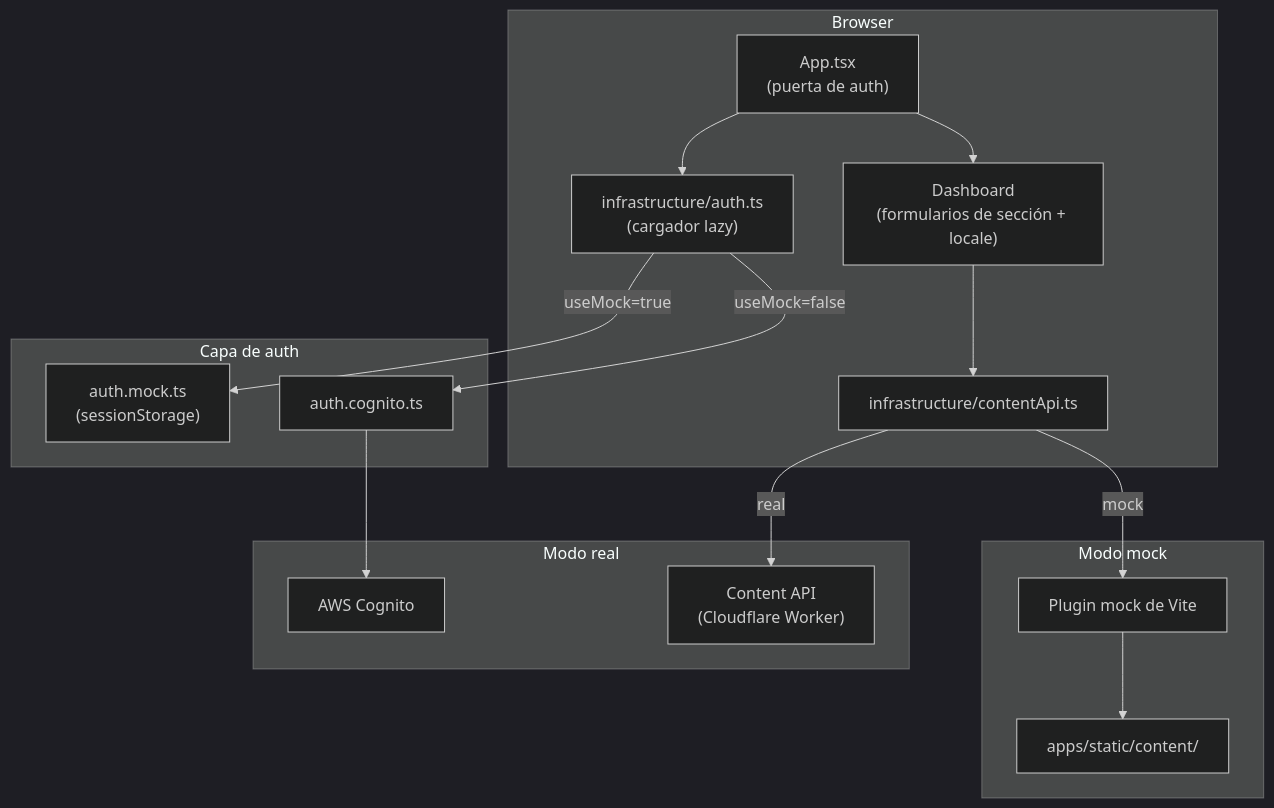
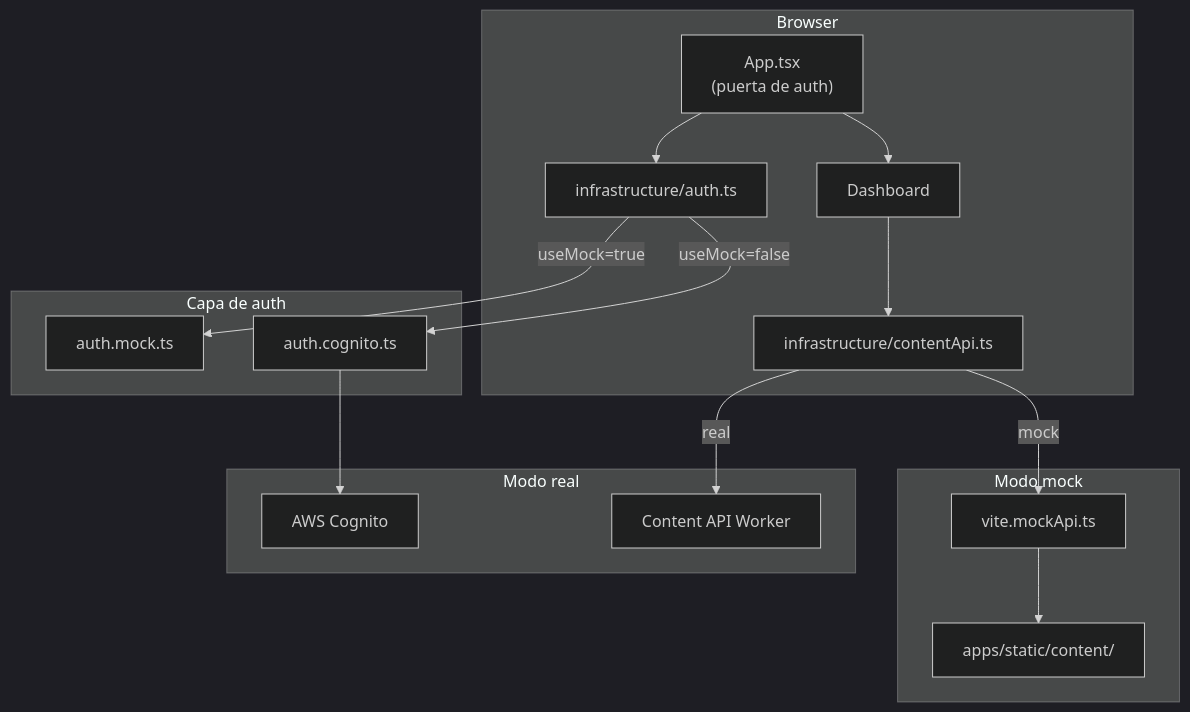
Before and after one commit to Bonae-Tech/bonae-tech: the second of 2 diagrams in apps/admin/README.md, drawn with Mermaid (dark theme). The commit also changed other lines of this file and 47 other files, not shown here.

````diff
--- a/apps/admin/README.md
+++ b/apps/admin/README.md
@@ -58,34 +97,34 @@
 ```mermaid
 graph TD
     subgraph Browser
         App["App.tsx\n(puerta de auth)"]
-        Dashboard["Dashboard\n(formularios de sección + locale)"]
-        Auth["infrastructure/auth.ts\n(cargador lazy)"]
+        Dashboard["Dashboard"]
+        Auth["infrastructure/auth.ts"]
         API["infrastructure/contentApi.ts"]
     end
 
     subgraph "Capa de auth"
-        MockAuth["auth.mock.ts\n(sessionStorage)"]
+        MockAuth["auth.mock.ts"]
         CognitoAuth["auth.cognito.ts"]
     end
 
     subgraph "Modo real"
         Cognito["AWS Cognito"]
-        ContentAPI["Content API\n(Cloudflare Worker)"]
+        ContentAPI["Content API Worker"]
     end
 
     subgraph "Modo mock"
-        VitePlugin["Plugin mock de Vite"]
+        VitePlugin["vite.mockApi.ts"]
         LocalDisk["apps/static/content/"]
     end
 
     App --> Auth
     App --> Dashboard
     Dashboard --> API
     Auth -->|useMock=true| MockAuth
     Auth -->|useMock=false| CognitoAuth
     CognitoAuth --> Cognito
     API -->|real| ContentAPI
     API -->|mock| VitePlugin
     VitePlugin --> LocalDisk
 ```
````
